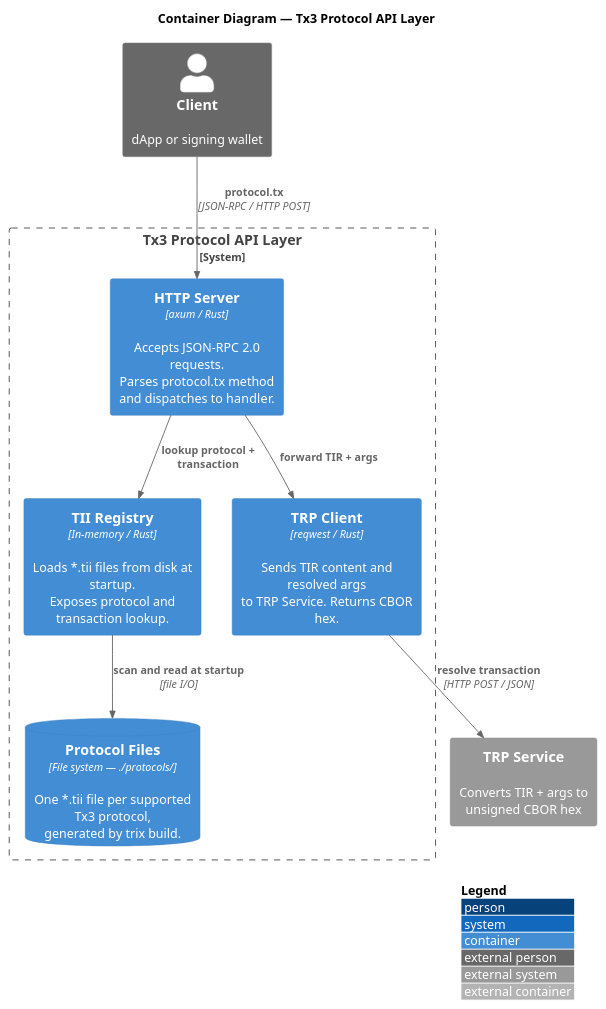
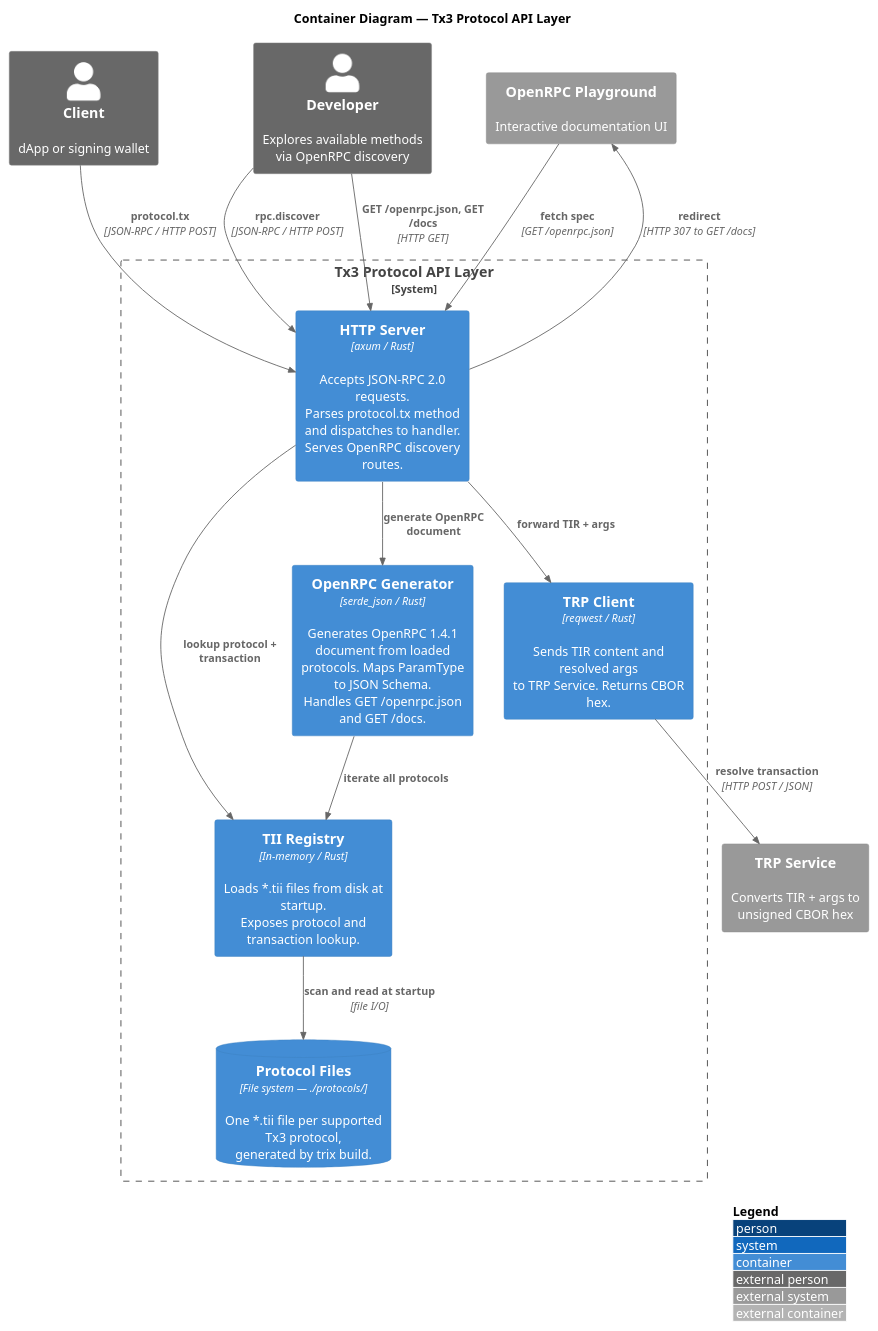
One commit to tx3-lang/protocol-gateway changed the diagram in design/001-assets/c4-container.puml. Above: the diagram before and after it, drawn with PlantUML. The commit also changed 3 other files, not shown here.

```diff
--- a/design/001-assets/c4-container.puml
+++ b/design/001-assets/c4-container.puml
@@ -1,24 +1,33 @@
 @startuml c4-container
 !include <C4/C4_Container>
 
 LAYOUT_WITH_LEGEND()
 
 title Container Diagram — Tx3 Protocol API Layer
 
 Person_Ext(client, "Client", "dApp or signing wallet")
+Person_Ext(developer, "Developer", "Explores available methods\nvia OpenRPC discovery")
 System_Ext(trp, "TRP Service", "Converts TIR + args to unsigned CBOR hex")
+System_Ext(playground, "OpenRPC Playground", "Interactive documentation UI")
 
 System_Boundary(api, "Tx3 Protocol API Layer") {
-    Container(server, "HTTP Server", "axum / Rust", "Accepts JSON-RPC 2.0 requests.\nParses protocol.tx method and dispatches to handler.")
+    Container(server, "HTTP Server", "axum / Rust", "Accepts JSON-RPC 2.0 requests.\nParses protocol.tx method and dispatches to handler.\nServes OpenRPC discovery routes.")
     Container(registry, "TII Registry", "In-memory / Rust", "Loads *.tii files from disk at startup.\nExposes protocol and transaction lookup.")
+    Container(openrpc, "OpenRPC Generator", "serde_json / Rust", "Generates OpenRPC 1.4.1 document from loaded\nprotocols. Maps ParamType to JSON Schema.\nHandles GET /openrpc.json and GET /docs.")
     Container(trpClient, "TRP Client", "reqwest / Rust", "Sends TIR content and resolved args\nto TRP Service. Returns CBOR hex.")
     ContainerDb(protocols, "Protocol Files", "File system — ./protocols/", "One *.tii file per supported Tx3 protocol,\ngenerated by trix build.")
 }
 
 Rel(client, server, "protocol.tx", "JSON-RPC / HTTP POST")
+Rel(developer, server, "rpc.discover", "JSON-RPC / HTTP POST")
+Rel(developer, server, "GET /openrpc.json, GET /docs", "HTTP GET")
 Rel(server, registry, "lookup protocol + transaction")
 Rel(registry, protocols, "scan and read at startup", "file I/O")
+Rel(server, openrpc, "generate OpenRPC document")
+Rel(openrpc, registry, "iterate all protocols")
 Rel(server, trpClient, "forward TIR + args")
 Rel(trpClient, trp, "resolve transaction", "HTTP POST / JSON")
+Rel(server, playground, "redirect", "HTTP 307 to GET /docs")
+Rel(playground, server, "fetch spec", "GET /openrpc.json")
 
 @enduml
```
